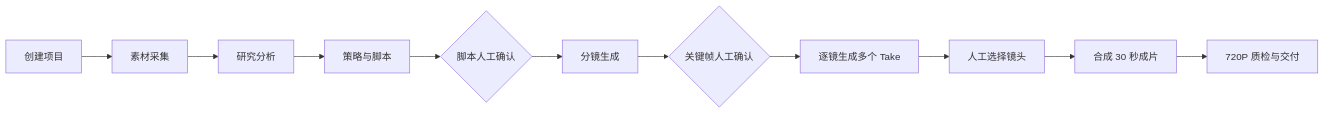
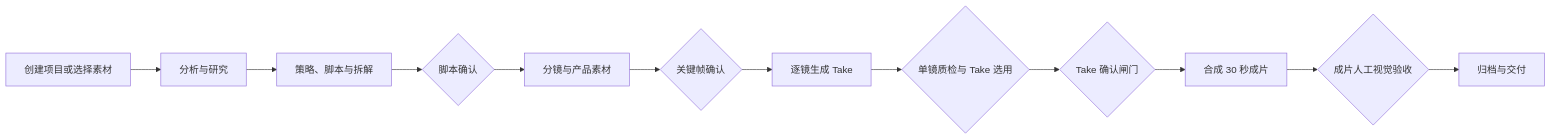
Before and after one commit to zmq18560817115-eng/shippin-agent: the diagram in README.md, drawn with Mermaid. The commit also changed other lines of this file, not shown here.

````diff
--- a/README.md
+++ b/README.md
@@ -18,13 +15,14 @@
 ```mermaid
 flowchart LR
-  A[创建项目] --> B[素材采集]
-  B --> C[研究分析]
-  C --> D[策略与脚本]
-  D --> E{脚本人工确认}
-  E --> F[分镜生成]
-  F --> G{关键帧人工确认}
-  G --> H[逐镜生成多个 Take]
-  H --> I[人工选择镜头]
+  A[创建项目或选择素材] --> B[分析与研究]
+  B --> C[策略、脚本与拆解]
+  C --> D{脚本确认}
+  D --> E[分镜与产品素材]
+  E --> F{关键帧确认}
+  F --> G[逐镜生成 Take]
+  G --> H{单镜质检与 Take 选用}
+  H --> I{Take 确认闸门}
   I --> J[合成 30 秒成片]
-  J --> K[720P 质检与交付]
+  J --> K{成片人工视觉验收}
+  K --> L[归档与交付]
 ```
````
